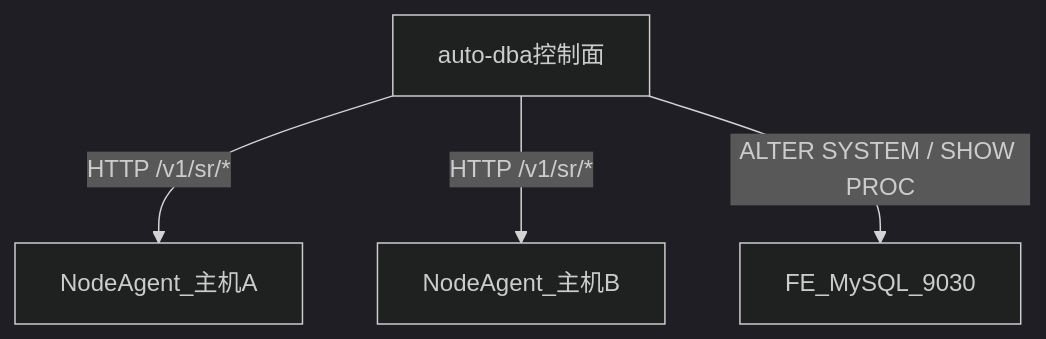
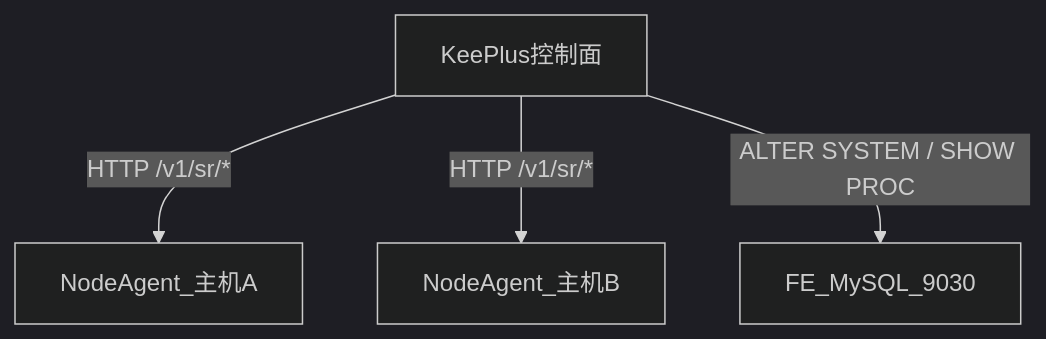
One commit to dbaspace/auto-dba changed the second of 7 diagrams in docs/sr-cluster.md. Above: the diagram before and after it, drawn with Mermaid (dark theme). The commit also changed other lines of this file and 7 other files, not shown here.

````diff
--- a/docs/sr-cluster.md
+++ b/docs/sr-cluster.md
@@ -110,10 +110,10 @@
 ```mermaid
 flowchart TB
-  Ctrl[auto-dba控制面]
+  Ctrl[KeePlus控制面]
   AgA[NodeAgent_主机A]
   AgB[NodeAgent_主机B]
   FE[FE_MySQL_9030]
   Ctrl -->|"HTTP /v1/sr/*"| AgA
   Ctrl -->|"HTTP /v1/sr/*"| AgB
   Ctrl -->|"ALTER SYSTEM / SHOW PROC"| FE
 ```
````
